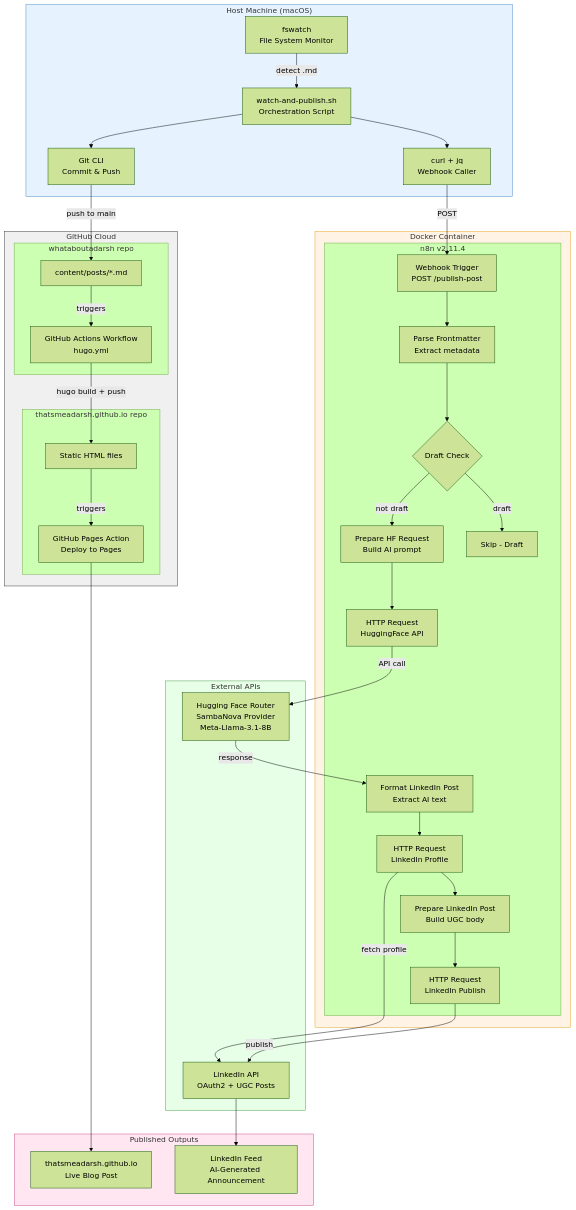
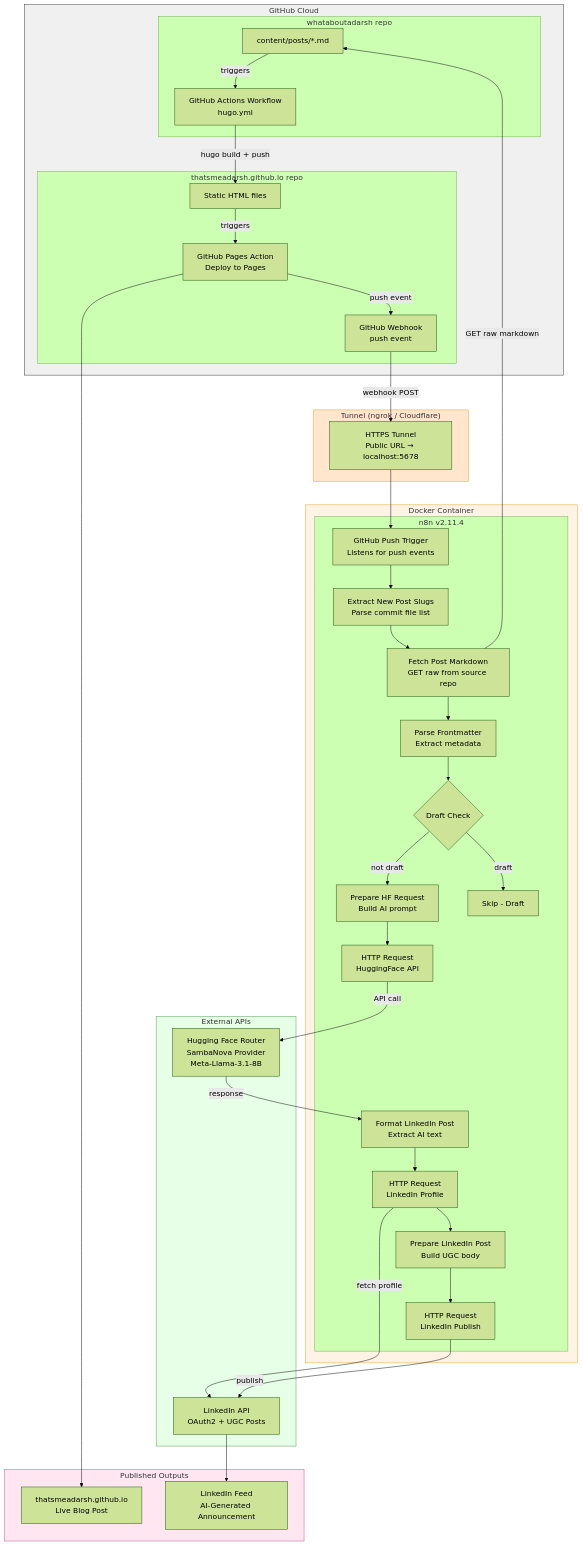
The second of 8 diagrams in docs/architecture.md (thatsmeadarsh/n8n-powered-auto-web-publish), drawn with Mermaid (forest theme) before and after one commit. The commit also changed other lines of this file and 7 other files, not shown here.

First line of the commit message:
Replace fswatch watcher with GitHub webhook trigger in n8n

````diff
--- a/docs/architecture.md
+++ b/docs/architecture.md
@@ -77,66 +86,67 @@
 ```mermaid
 graph TB
-    subgraph Host["Host Machine (macOS)"]
-        FS[fswatch<br/>File System Monitor]
-        SH[watch-and-publish.sh<br/>Orchestration Script]
-        GIT[Git CLI<br/>Commit & Push]
-        CURL[curl + jq<br/>Webhook Caller]
-    end
-
     subgraph GitHub["GitHub Cloud"]
         subgraph HugoRepo["whataboutadarsh repo"]
             SRC[content/posts/*.md]
             GA[GitHub Actions Workflow<br/>hugo.yml]
         end
         subgraph PagesRepo["thatsmeadarsh.github.io repo"]
             HTML[Static HTML files]
             PA[GitHub Pages Action<br/>Deploy to Pages]
+            GWH[GitHub Webhook<br/>push event]
         end
+    end
+
+    subgraph Tunnel["Tunnel (ngrok / Cloudflare)"]
+        TN[HTTPS Tunnel<br/>Public URL → localhost:5678]
     end
 
     subgraph Docker["Docker Container"]
         subgraph n8n["n8n v2.11.4"]
-            WH[Webhook Trigger<br/>POST /publish-post]
+            GT[GitHub Push Trigger<br/>Listens for push events]
+            ES[Extract New Post Slugs<br/>Parse commit file list]
+            FM[Fetch Post Markdown<br/>GET raw from source repo]
             PF[Parse Frontmatter<br/>Extract metadata]
             DC{Draft Check}
             PR[Prepare HF Request<br/>Build AI prompt]
             HF[HTTP Request<br/>HuggingFace API]
             FL[Format LinkedIn Post<br/>Extract AI text]
             GL[HTTP Request<br/>LinkedIn Profile]
             PL[Prepare LinkedIn Post<br/>Build UGC body]
             LI[HTTP Request<br/>LinkedIn Publish]
             SK[Skip - Draft]
         end
     end
 
     subgraph APIs["External APIs"]
         HFA[Hugging Face Router<br/>SambaNova Provider<br/>Meta-Llama-3.1-8B]
         LIA[LinkedIn API<br/>OAuth2 + UGC Posts]
     end
 
     subgraph Output["Published Outputs"]
         WEB["thatsmeadarsh.github.io<br/>Live Blog Post"]
         LIP["LinkedIn Feed<br/>AI-Generated Announcement"]
     end
 
-    FS -->|detect .md| SH
-    SH --> GIT -->|push to main| SRC
-    SH --> CURL -->|POST| WH
     SRC -->|triggers| GA
     GA -->|hugo build + push| HTML
     HTML -->|triggers| PA --> WEB
-    WH --> PF --> DC
+    PA -->|push event| GWH
+    GWH -->|webhook POST| TN --> GT
+    GT --> ES --> FM
+    FM -->|GET raw markdown| SRC
+    FM --> PF --> DC
     DC -->|not draft| PR --> HF
     DC -->|draft| SK
     HF -->|API call| HFA
     HFA -->|response| FL
     FL --> GL -->|fetch profile| LIA
     GL --> PL --> LI -->|publish| LIA
     LIA --> LIP
 
-    style Host fill:#e6f3ff,stroke:#4a86c8
     style GitHub fill:#f0f0f0,stroke:#333
+    style Tunnel fill:#ffe6cc,stroke:#e8a020
     style Docker fill:#fff3e6,stroke:#e8a020
     style APIs fill:#e6ffe6,stroke:#4a9e4a
     style Output fill:#ffe6f0,stroke:#c84a86
 ```
````
